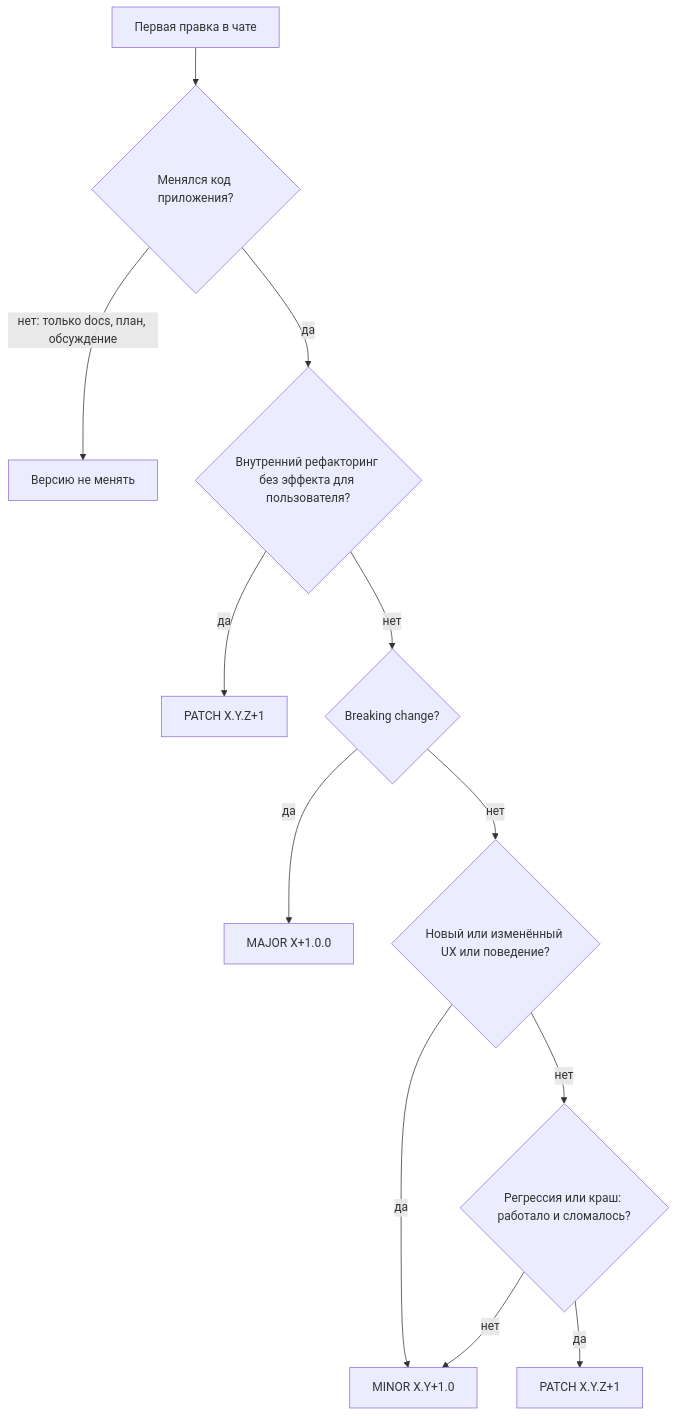
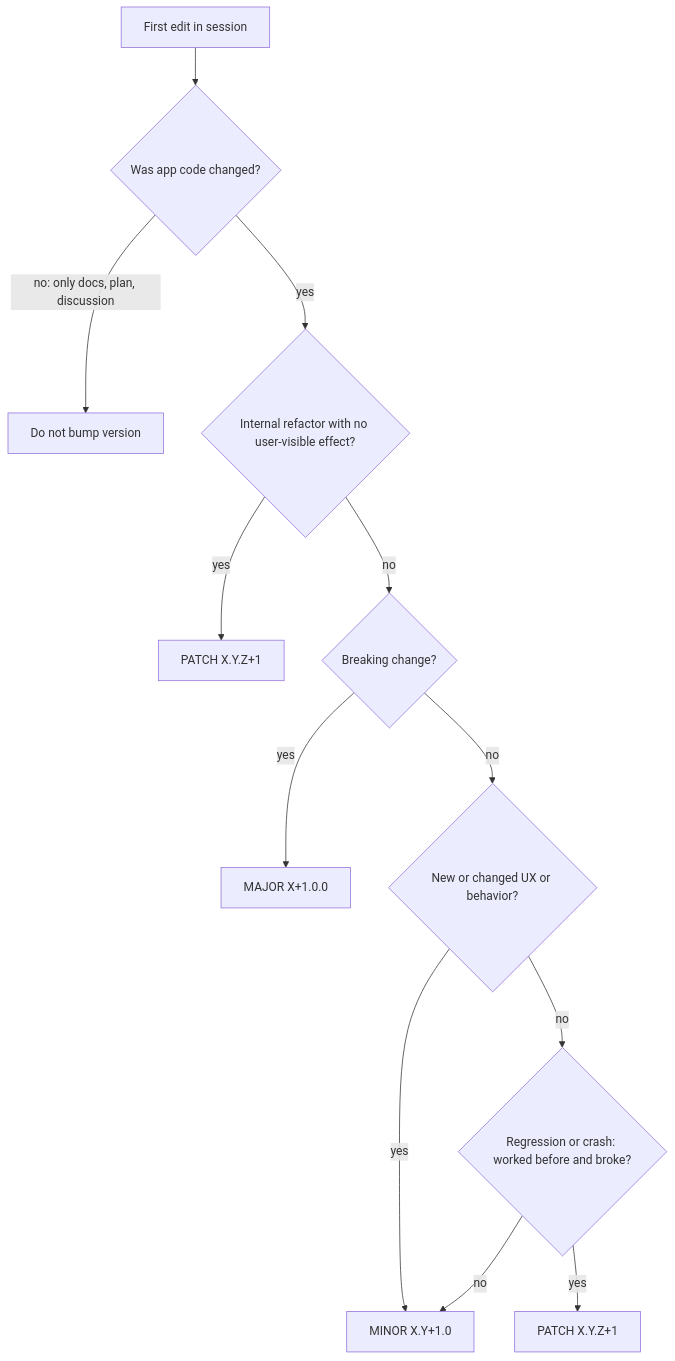
One commit to lunixoid/cadence changed the diagram in AGENTS.md. Above: the diagram before and after it, drawn with Mermaid. The commit also changed other lines of this file and 3 other files, not shown here.

````diff
--- a/AGENTS.md
+++ b/AGENTS.md
@@ -40,14 +40,14 @@
 ```mermaid
 flowchart TD
-    start[Первая правка в чате] --> q0{Менялся код приложения?}
-    q0 -->|нет: только docs, план, обсуждение| noBump[Версию не менять]
-    q0 -->|да| q1{Внутренний рефакторинг без эффекта для пользователя?}
-    q1 -->|да| patchRefactor[PATCH X.Y.Z+1]
-    q1 -->|нет| q2{Breaking change?}
-    q2 -->|да| major[MAJOR X+1.0.0]
-    q2 -->|нет| q3{Новый или изменённый UX или поведение?}
-    q3 -->|да| minor[MINOR X.Y+1.0]
-    q3 -->|нет| q4{Регрессия или краш: работало и сломалось?}
-    q4 -->|да| patch[PATCH X.Y.Z+1]
-    q4 -->|нет| minor
+    start[First edit in session] --> q0{Was app code changed?}
+    q0 -->|no: only docs, plan, discussion| noBump[Do not bump version]
+    q0 -->|yes| q1{Internal refactor with no user-visible effect?}
+    q1 -->|yes| patchRefactor[PATCH X.Y.Z+1]
+    q1 -->|no| q2{Breaking change?}
+    q2 -->|yes| major[MAJOR X+1.0.0]
+    q2 -->|no| q3{New or changed UX or behavior?}
+    q3 -->|yes| minor[MINOR X.Y+1.0]
+    q3 -->|no| q4{Regression or crash: worked before and broke?}
+    q4 -->|yes| patch[PATCH X.Y.Z+1]
+    q4 -->|no| minor
 ```
````
